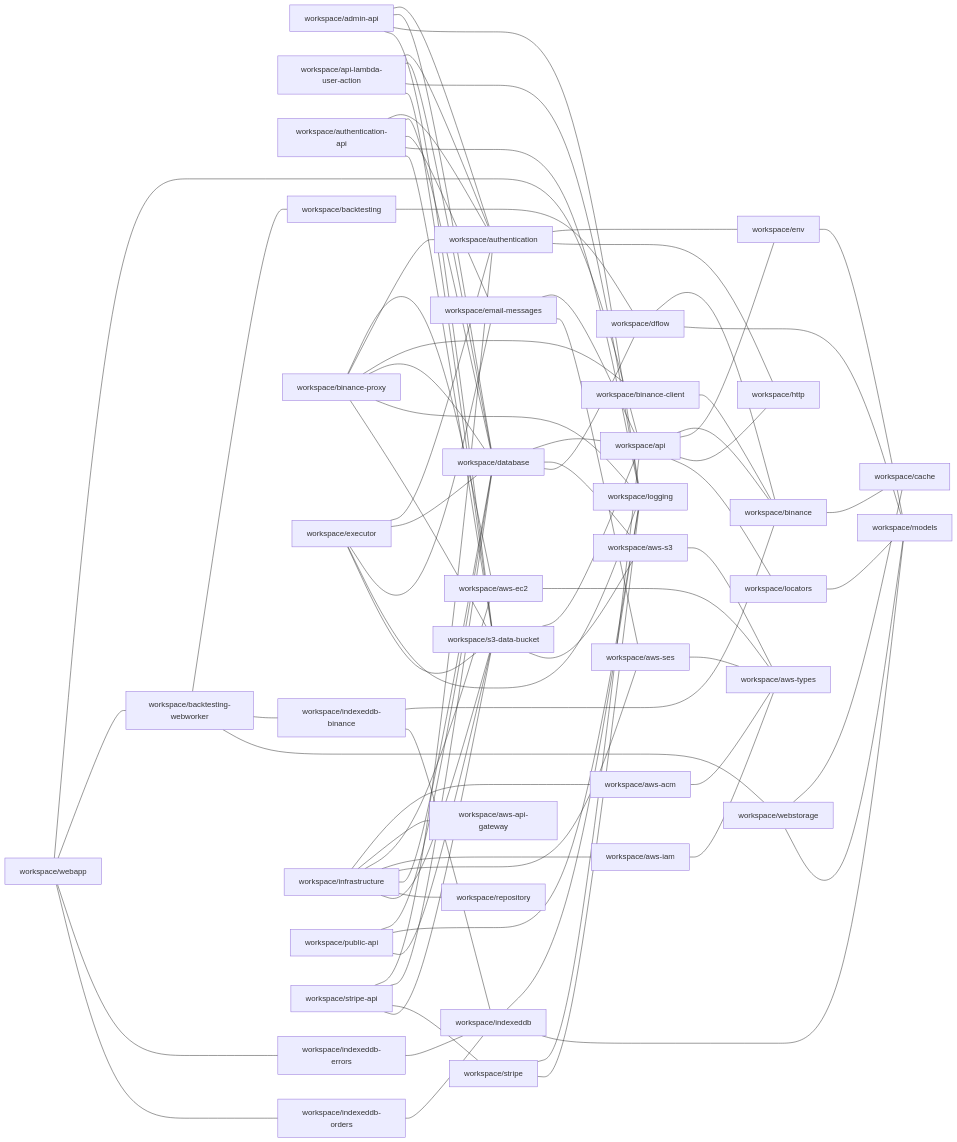
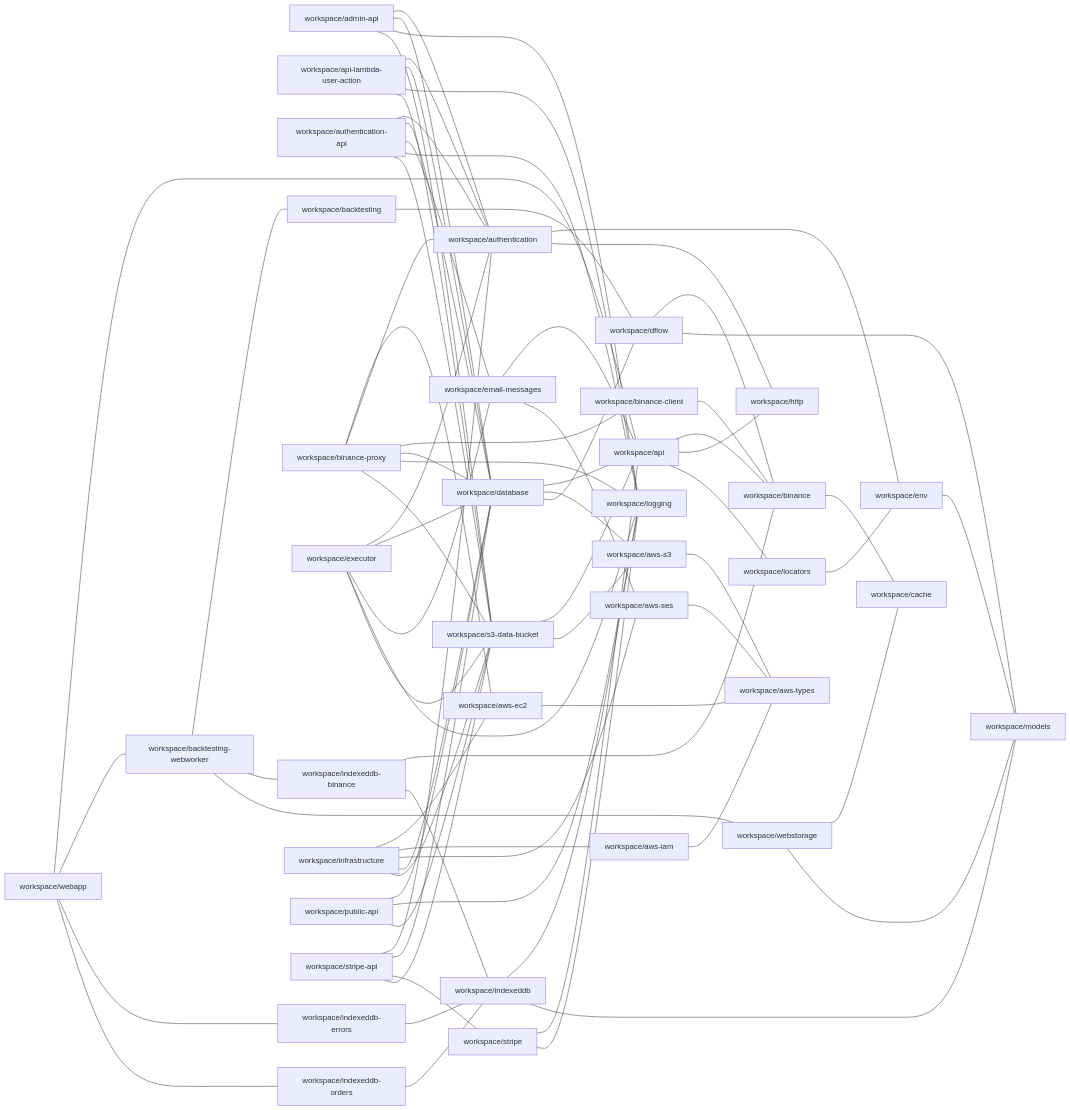
One commit to ggbot-org/ggbot changed the diagram in repository/docs/npm-dependencies.md. Above: the diagram before and after it, drawn with Mermaid. The commit also changed 7 other files, not shown here.

```diff
--- a/repository/docs/npm-dependencies.md
+++ b/repository/docs/npm-dependencies.md
@@ -10,7 +10,6 @@
     workspace/admin-api --- workspace/logging
     workspace/admin-api --- workspace/s3-data-bucket
     workspace/api --- workspace/binance
-    workspace/api --- workspace/env
     workspace/api --- workspace/http
     workspace/api --- workspace/locators
     workspace/api-lambda-user-action --- workspace/authentication
@@ -24,7 +23,6 @@
     workspace/authentication-api --- workspace/email-messages
     workspace/authentication-api --- workspace/logging
     workspace/authentication-api --- workspace/s3-data-bucket
-    workspace/aws-acm --- workspace/aws-types
     workspace/aws-ec2 --- workspace/aws-types
     workspace/aws-iam --- workspace/aws-types
     workspace/aws-s3 --- workspace/aws-types
@@ -60,15 +58,12 @@
     workspace/indexeddb-binance --- workspace/indexeddb
     workspace/indexeddb-errors --- workspace/indexeddb
     workspace/indexeddb-orders --- workspace/indexeddb
-    workspace/infrastructure --- workspace/aws-acm
-    workspace/infrastructure --- workspace/aws-api-gateway
     workspace/infrastructure --- workspace/aws-ec2
     workspace/infrastructure --- workspace/aws-iam
     workspace/infrastructure --- workspace/aws-ses
     workspace/infrastructure --- workspace/database
-    workspace/infrastructure --- workspace/repository
     workspace/infrastructure --- workspace/s3-data-bucket
-    workspace/locators --- workspace/models
+    workspace/locators --- workspace/env
     workspace/public-api --- workspace/database
     workspace/public-api --- workspace/logging
     workspace/public-api --- workspace/s3-data-bucket
```
